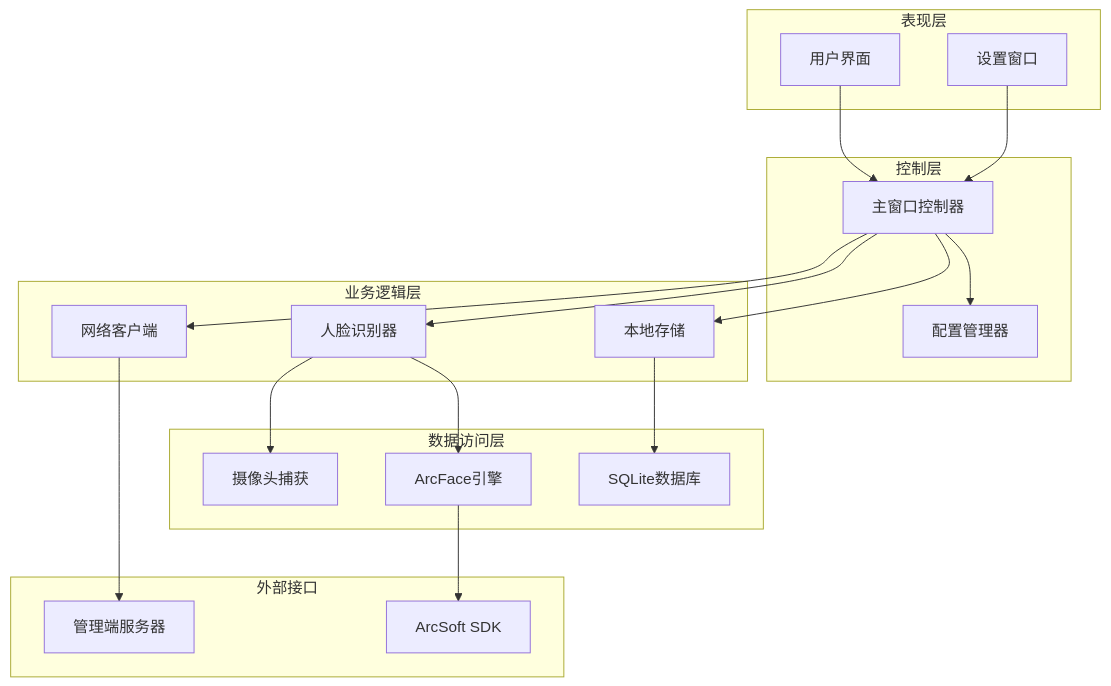
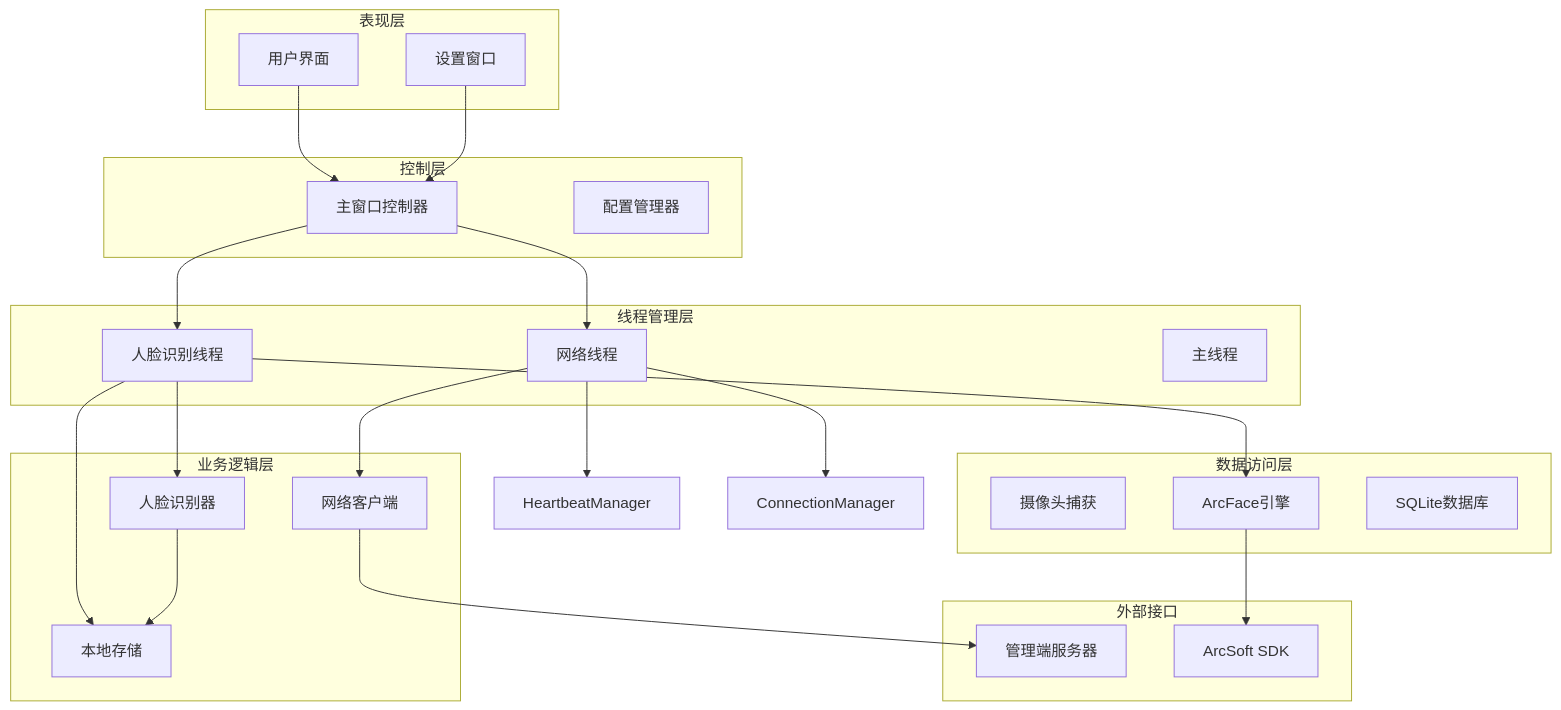
Before and after one commit to HeQiTZD/Triple-terminal-Attendance-Punching-System: the second of 13 diagrams in .qoder/repowiki/zh/content/Main Application Integration.md, drawn with Mermaid. The commit also changed other lines of this file and 47 other files, not shown here.

````diff
--- a/.qoder/repowiki/zh/content/Main Application Integration.md
+++ b/.qoder/repowiki/zh/content/Main Application Integration.md
@@ -129,36 +146,43 @@
 ```mermaid
 graph TB
 subgraph "表现层"
 UI[用户界面]
 SetWindow[设置窗口]
 end
 subgraph "控制层"
 MainWindow[主窗口控制器]
 ConfigManager[配置管理器]
 end
 subgraph "业务逻辑层"
 FaceRecognizer[人脸识别器]
 LocalStorage[本地存储]
 NetworkClient[网络客户端]
 end
 subgraph "数据访问层"
 CameraCapture[摄像头捕获]
 ArcFaceEngine[ArcFace引擎]
 SQLite[SQLite数据库]
 end
+subgraph "线程管理层"
+FaceThread[人脸识别线程]
+NetworkThread[网络线程]
+MainThread[主线程]
+end
 subgraph "外部接口"
 ManagementServer[管理端服务器]
 ArcSoftSDK[ArcSoft SDK]
 end
 UI --> MainWindow
 SetWindow --> MainWindow
-MainWindow --> FaceRecognizer
-MainWindow --> LocalStorage
-MainWindow --> NetworkClient
-MainWindow --> ConfigManager
-FaceRecognizer --> ArcFaceEngine
-FaceRecognizer --> CameraCapture
-LocalStorage --> SQLite
+MainWindow --> FaceThread
+MainWindow --> NetworkThread
+FaceThread --> FaceRecognizer
+FaceThread --> ArcFaceEngine
+FaceThread --> LocalStorage
+NetworkThread --> NetworkClient
+NetworkThread --> HeartbeatManager
+NetworkThread --> ConnectionManager
+FaceRecognizer --> LocalStorage
 NetworkClient --> ManagementServer
 ArcFaceEngine --> ArcSoftSDK
 ```
````
